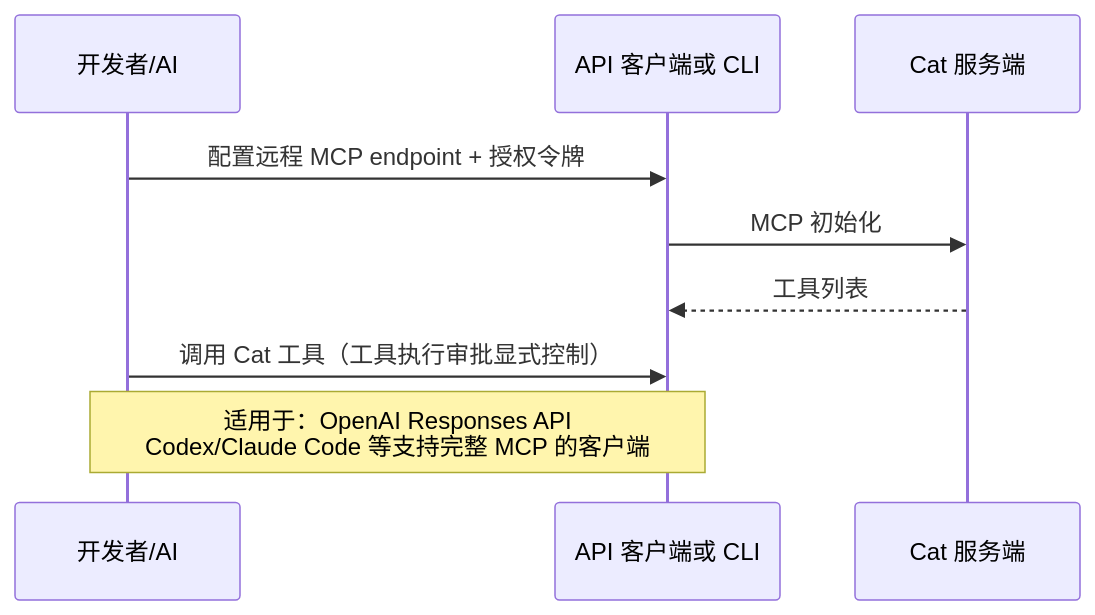
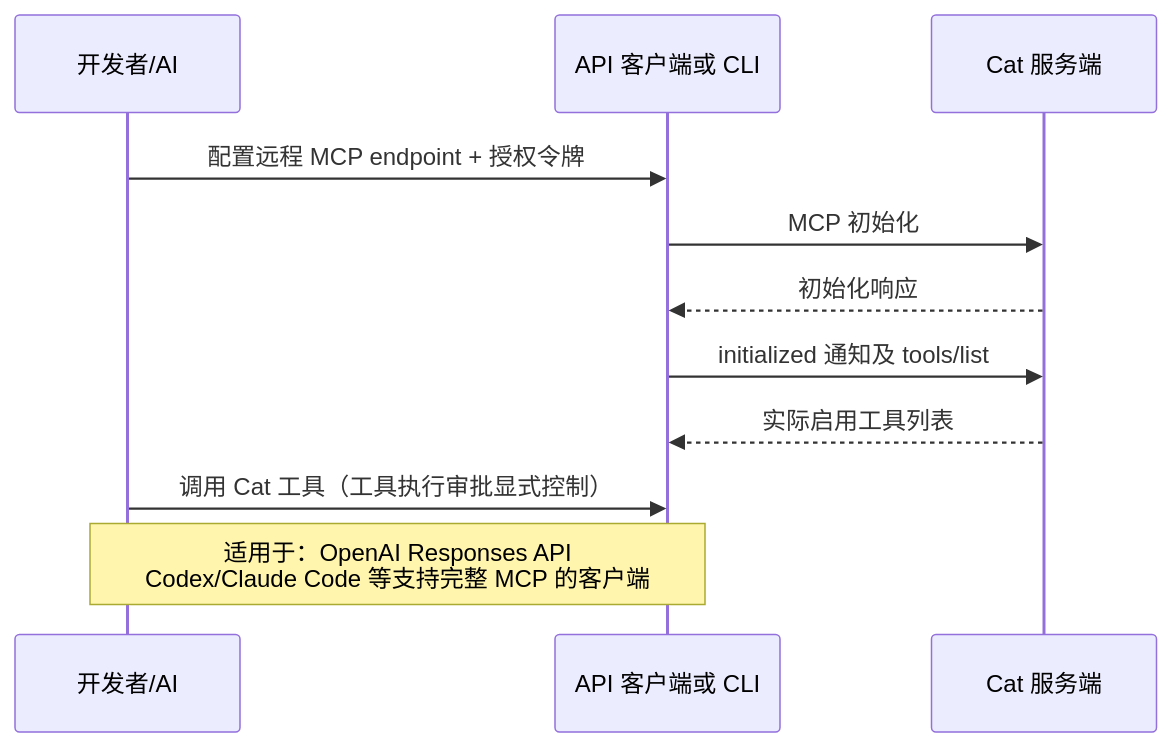
One commit to sharesdoc/cat changed diagram 13 of 14 in D-核心业务流程.md. Above: the diagram before and after it, drawn with Mermaid. The commit also changed other lines of this file and 4 other files, not shown here.

````diff
--- a/D-核心业务流程.md
+++ b/D-核心业务流程.md
@@ -470,12 +441,14 @@
 ```mermaid
 sequenceDiagram
     participant Dev as 开发者/AI
     participant Client as API 客户端或 CLI
     participant Cat as Cat 服务端
 
     Dev->>Client: 配置远程 MCP endpoint + 授权令牌
     Client->>Cat: MCP 初始化
-    Cat-->>Client: 工具列表
+    Cat-->>Client: 初始化响应
+    Client->>Cat: initialized 通知及 tools/list
+    Cat-->>Client: 实际启用工具列表
     Dev->>Client: 调用 Cat 工具（工具执行审批显式控制）
     Note over Dev,Client: 适用于：OpenAI Responses API<br/>Codex/Claude Code 等支持完整 MCP 的客户端
 ```
````
